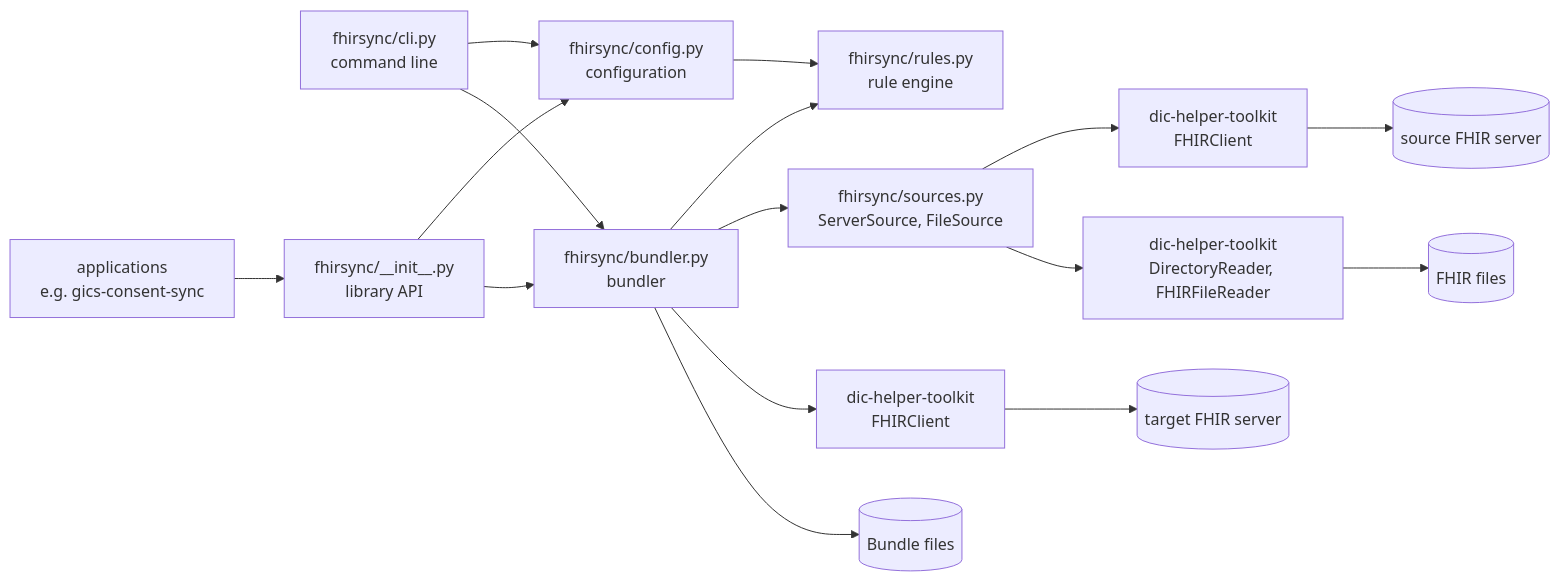
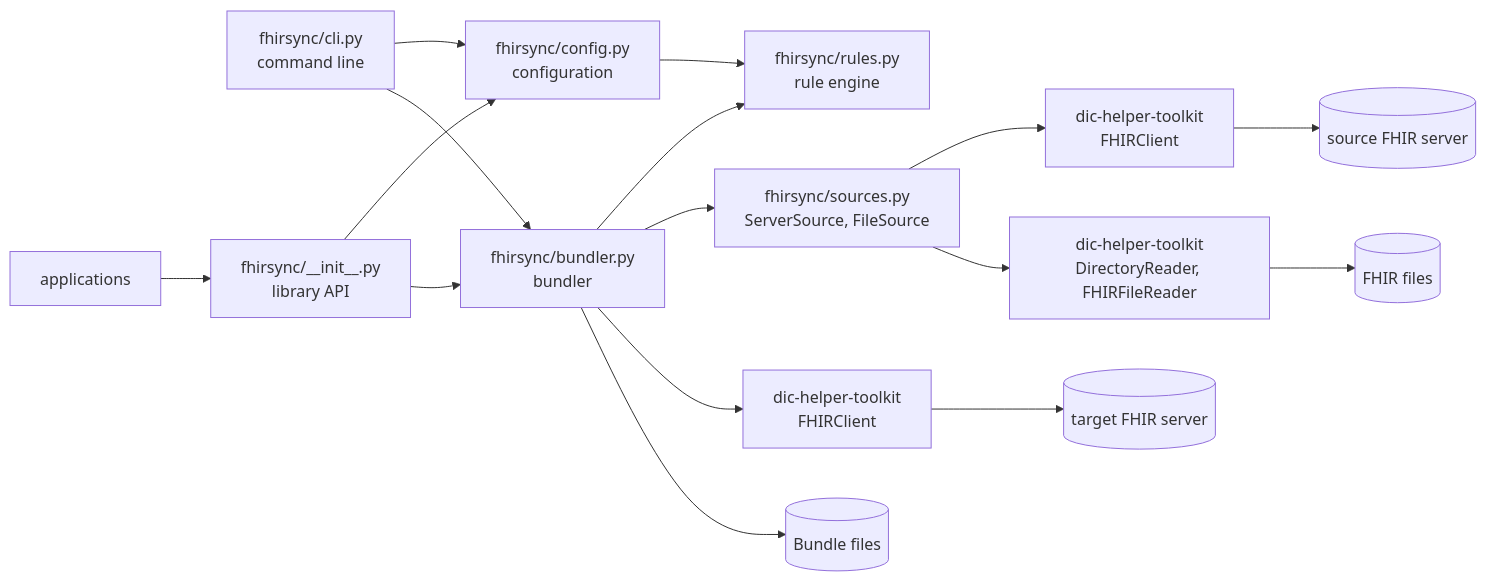
The first of 3 diagrams in ARCHITECTURE.md (haemka/fhirsync), drawn with Mermaid before and after one commit. The commit also changed other lines of this file and 12 other files, not shown here.

````diff
--- a/ARCHITECTURE.md
+++ b/ARCHITECTURE.md
@@ -27,18 +27,18 @@
 ```mermaid
 flowchart LR
     cli["fhirsync/cli.py<br/>command line"] --> config["fhirsync/config.py<br/>configuration"]
-    app["applications<br/>e.g. gics-consent-sync"] --> api["fhirsync/__init__.py<br/>library API"]
+    app["applications"] --> api["fhirsync/__init__.py<br/>library API"]
     api --> config
     api --> bundler
     config --> rules["fhirsync/rules.py<br/>rule engine"]
     cli --> bundler["fhirsync/bundler.py<br/>bundler"]
     bundler --> rules
     bundler --> sources["fhirsync/sources.py<br/>ServerSource, FileSource"]
     sources --> client["dic-helper-toolkit<br/>FHIRClient"]
     sources --> readers["dic-helper-toolkit<br/>DirectoryReader, FHIRFileReader"]
     readers --> input[("FHIR files")]
     client --> source[("source FHIR server")]
     bundler --> targetclient["dic-helper-toolkit<br/>FHIRClient"]
     targetclient --> target[("target FHIR server")]
     bundler --> files[("Bundle files")]
 ```
````
